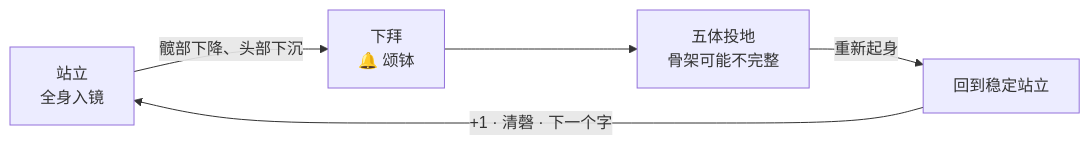
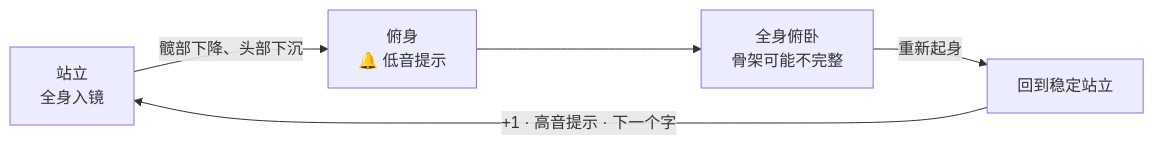
One commit to freefov-maxwell/prostration-counter changed the diagram in README.md. Above: the diagram before and after it, drawn with Mermaid. The commit also changed other lines of this file and 26 other files, not shown here.

````diff
--- a/README.md
+++ b/README.md
@@ -134,7 +136,7 @@
 ```mermaid
 flowchart LR
-    A[站立<br/>全身入镜] -->|髋部下降、头部下沉| B[下拜<br/>🔔 颂钵]
-    B --> C[五体投地<br/>骨架可能不完整]
+    A[站立<br/>全身入镜] -->|髋部下降、头部下沉| B[俯身<br/>🔔 低音提示]
+    B --> C[全身俯卧<br/>骨架可能不完整]
     C -->|重新起身| D[回到稳定站立]
-    D -->|"+1 · 清磬 · 下一个字"| A
+    D -->|"+1 · 高音提示 · 下一个字"| A
 ```
````
